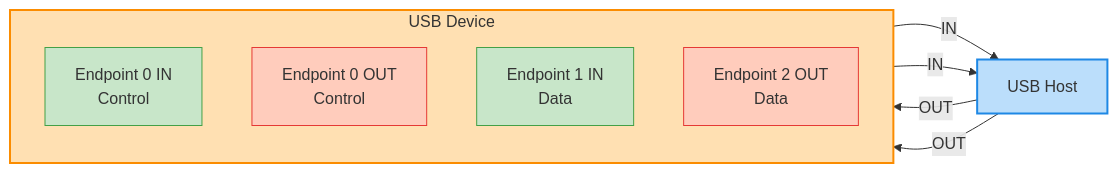
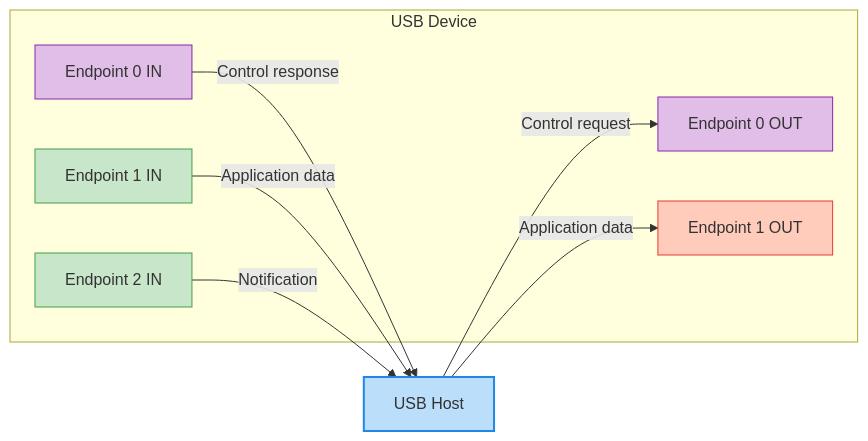
The fourth of 18 diagrams in docs/embedded/IPW2026/Day6/9.USB/index.md (ipworkshop/ipworkshop.github.io), drawn with Mermaid before and after one commit. The commit also changed other lines of this file, not shown here.

Commit message:
docs: usb lab (#49)

````diff
--- a/docs/embedded/IPW2026/Day6/9.USB/index.md
+++ b/docs/embedded/IPW2026/Day6/9.USB/index.md
@@ -77,31 +198,28 @@
 ```mermaid
 graph LR
     Host[USB Host]
 
     subgraph USB_Device [USB Device]
-        direction TB
-        EP0_IN[Endpoint 0 IN<br/>Control]
-        EP0_OUT[Endpoint 0 OUT<br/>Control]
-        EP1_IN[Endpoint 1 IN<br/>Data]
-        EP2_OUT[Endpoint 2 OUT<br/>Data]
+        EP0OUT[Endpoint 0 OUT]
+        EP0IN[Endpoint 0 IN]
+        EP1OUT[Endpoint 1 OUT]
+        EP1IN[Endpoint 1 IN]
+        EP2IN[Endpoint 2 IN]
     end
 
-    %% IN connections (Device to Host)
-    EP0_IN -- "IN" --> Host
-    EP1_IN -- "IN" --> Host
+    Host -- "Control request" --> EP0OUT
+    EP0IN -- "Control response" --> Host
+    Host -- "Application data" --> EP1OUT
+    EP1IN -- "Application data" --> Host
+    EP2IN -- "Notification" --> Host
 
-    %% OUT connections (Host to Device)
-    Host -- "OUT" --> EP0_OUT
-    Host -- "OUT" --> EP2_OUT
-
-    %% Styling
     classDef host fill:#bbdefb,stroke:#1e88e5,stroke-width:2px;
-    classDef device fill:#ffe0b2,stroke:#fb8c00,stroke-width:2px;
-    classDef ep_in fill:#c8e6c9,stroke:#43a047,stroke-width:1px;
-    classDef ep_out fill:#ffccbc,stroke:#e53935,stroke-width:1px;
+    classDef control fill:#e1bee7,stroke:#8e24aa;
+    classDef epin fill:#c8e6c9,stroke:#43a047;
+    classDef epout fill:#ffccbc,stroke:#e53935;
 
     class Host host;
-    class USB_Device device;
-    class EP0_IN,EP1_IN ep_in;
-    class EP0_OUT,EP2_OUT ep_out;
+    class EP0OUT,EP0IN control;
+    class EP1IN,EP2IN epin;
+    class EP1OUT epout;
 ```
````
